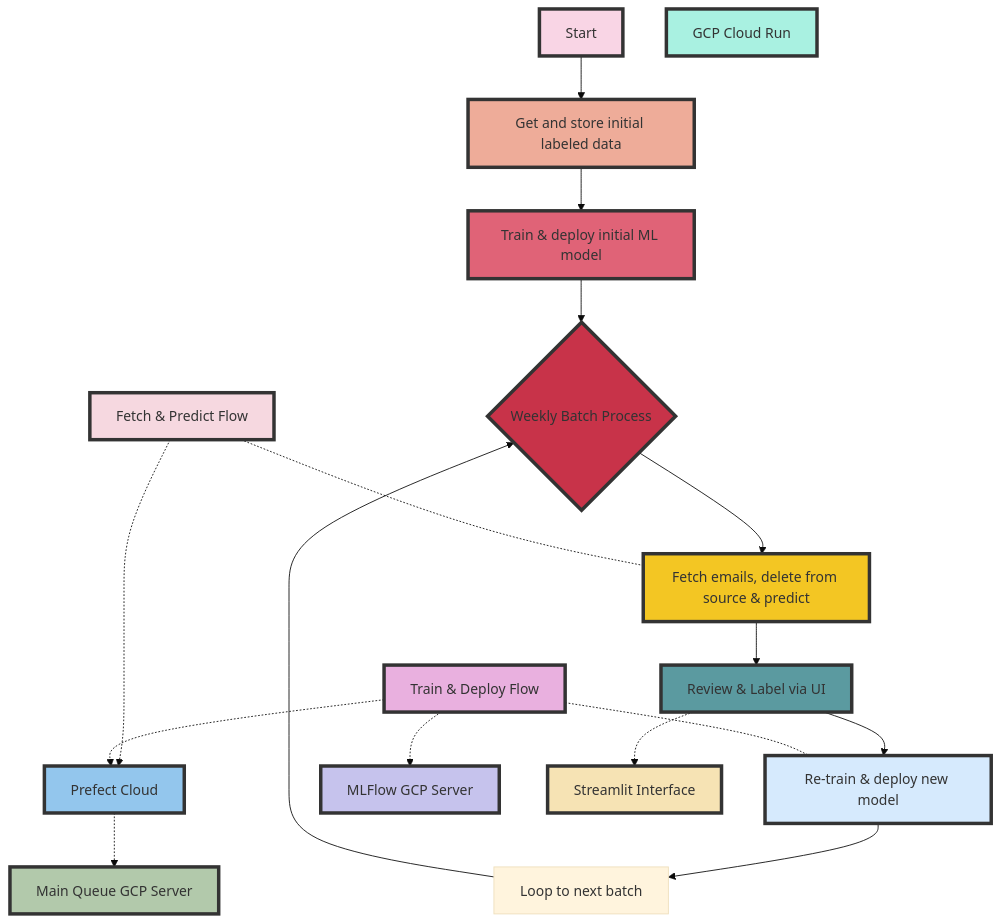
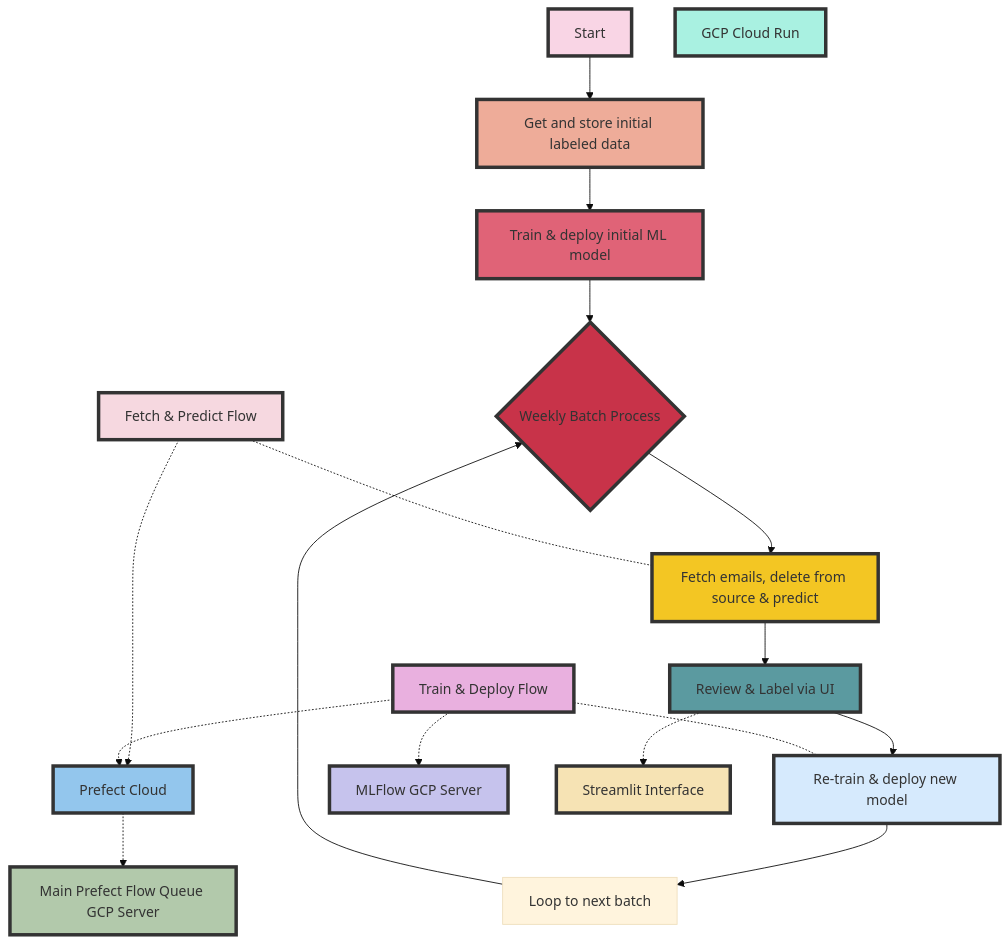
Before and after one commit to ugm2/email-discriminator: the diagram in README.md, drawn with Mermaid (base theme). The commit also changed 5 other files, not shown here.

````diff
--- a/README.md
+++ b/README.md
@@ -43,62 +43,62 @@
 ```mermaid
 graph TD
 
     style A fill:#f9d5e5,stroke:#333,stroke-width:4px;
     style B fill:#eeac99,stroke:#333,stroke-width:4px;
     style C fill:#e06377,stroke:#333,stroke-width:4px;
     style D fill:#c83349,stroke:#333,stroke-width:4px;
     style E fill:#5b9aa0,stroke:#333,stroke-width:4px;
     style F fill:#d6eafd,stroke:#333,stroke-width:4px;
     style H fill:#f3c623,stroke:#333,stroke-width:4px;
     style I fill:#93c6ed,stroke:#333,stroke-width:4px;
     style J fill:#c6c3ed,stroke:#333,stroke-width:4px;
     style K fill:#b2c9ab,stroke:#333,stroke-width:4px;
     style L fill:#f6e3b4,stroke:#333,stroke-width:4px;
     style M fill:#a9f1e1,stroke:#333,stroke-width:4px;
     style N fill:#f6d8e0,stroke:#333,stroke-width:4px;
     style O fill:#e9b0df,stroke:#333,stroke-width:4px;
 
     A[Start]
     B[Get and store initial labeled data]
     C[Train & deploy initial ML model]
     D{Weekly Batch Process}
     H[Fetch emails, delete from source & predict]
     E[Review & Label via UI]
     F[Re-train & deploy new model]
     G[Loop to next batch]
     I[Prefect Cloud]
     J[MLFlow GCP Server]
-    K[Main Queue GCP Server]
+    K[Main Prefect Flow Queue GCP Server]
     L[Streamlit Interface]
     M[GCP Cloud Run]
     N[Fetch & Predict Flow]
     O[Train & Deploy Flow]
 
     A --> B
     B --> C
     C --> D
     D --> H
     H --> E
     E --> F
     F --> G
     G --> D
 
     N -.- H
     O -.- F
     N -.-> I
     O -.-> I
     I -.-> K
     O -.-> J
     E -.-> L
 
     classDef GCP style fill:#e1eef6,stroke:#333,stroke-width:3px;
     classDef streamlit style fill:#d9f2d9,stroke:#333,stroke-width:3px;
     classDef prefect style fill:#f5d5e5,stroke:#333,stroke-width:3px;
     classDef flows style fill:#ffe6e6,stroke:#333,stroke-width:3px;
 
     class I prefect;
     class J,K,M GCP;
     class L streamlit;
     class N,O flows;
 
 ```
````
